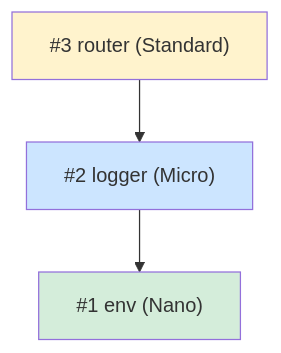
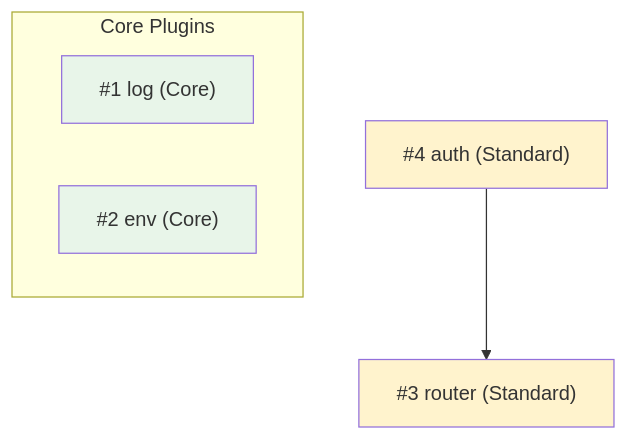
The first of 3 diagrams in agents/plan-checker.md (moku-labs/claude), drawn with Mermaid before and after one commit. The commit also changed other lines of this file and 14 other files, not shown here.

First line of the commit message:
v0.7.0: Add core plugins knowledge across all skills, references, and agents

````diff
--- a/agents/plan-checker.md
+++ b/agents/plan-checker.md
@@ -101,12 +126,15 @@
 ```mermaid
 graph TD
-  env["#1 env (Nano)"]:::nano
-  logger["#2 logger (Micro)"]:::micro
+  subgraph Core Plugins
+    log["#1 log (Core)"]:::core
+    env["#2 env (Core)"]:::core
+  end
   router["#3 router (Standard)"]:::standard
-  logger --> env
-  router --> logger
+  auth["#4 auth (Standard)"]:::standard
+  auth --> router
+  classDef core fill:#e8f5e9
   classDef nano fill:#d4edda
   classDef micro fill:#cce5ff
   classDef standard fill:#fff3cd
   classDef complex fill:#f8d7da
 ```
````
